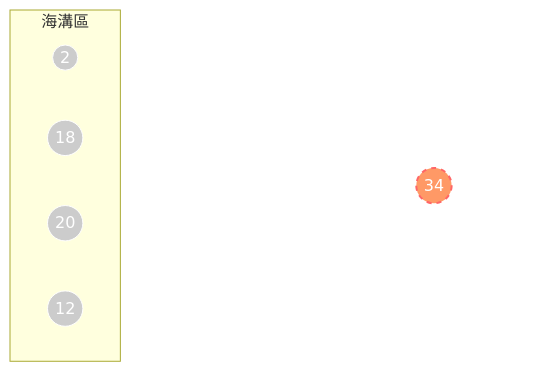
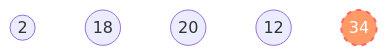
Before and after one commit to ianchen0419/cpp-leetcode: the tenth of 20 diagrams in Bubble Sorting.md, drawn with Mermaid. The commit also changed other lines of this file, not shown here.

````diff
--- a/Bubble Sorting.md
+++ b/Bubble Sorting.md
@@ -186,23 +159,15 @@
 ```mermaid
 flowchart
-
-    subgraph 海溝區
-        f((2)):::disabled
-        g((18)):::disabled
-        h((20)):::disabled
-        i((12)):::disabled
-    end
-    
-    a((18)):::clear
-    b((2)):::clear
-    c((20)):::clear
-    d((34)):::popup
-    e((12)):::clear
+    a((2))
+    b((18))
+    c((20))
+    d((12))
+    e((34)):::popup
     
     classDef clear opacity:0
     
     classDef orange fill:#f96,stroke:#f66
     classDef green fill:#ecffec
     classDef disabled fill:#ccc,stroke:#fff,color:#fff
     classDef popup fill:#f96,stroke:#f66,stroke-width:2px,color:#fff,stroke-dasharray: 5 5
 ```
````
